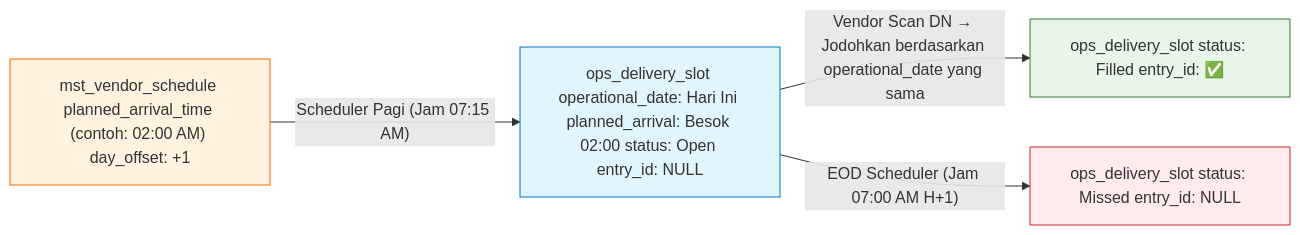
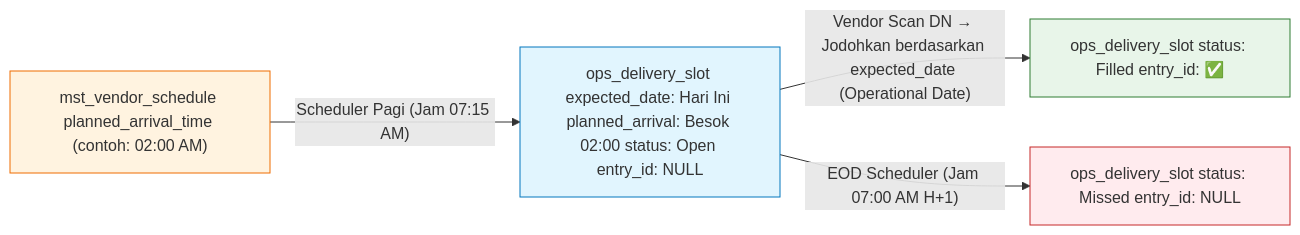
The third of 4 diagrams in docs/revisi/v2-UserFlow.md (bagususwanto/vendor-checkpoint), drawn with Mermaid before and after one commit. The commit also changed other lines of this file and 1 other file, not shown here.

Commit message:
feat: implement operational date utility and rename operational_date to expected_date in documentation

````diff
--- a/docs/revisi/v2-UserFlow.md
+++ b/docs/revisi/v2-UserFlow.md
@@ -132,17 +132,17 @@
 ```mermaid
 flowchart LR
     classDef schedule fill:#fff3e0,stroke:#ef6c00
     classDef slot fill:#e1f5fe,stroke:#0277bd
     classDef entry fill:#e8f5e9,stroke:#2e7d32
     classDef missed fill:#ffebee,stroke:#c62828
 
-    MST["mst_vendor_schedule planned_arrival_time (contoh: 02:00 AM) day_offset: +1"]:::schedule
+    MST["mst_vendor_schedule planned_arrival_time (contoh: 02:00 AM)"]:::schedule
 
-    SLOT_OPEN["ops_delivery_slot operational_date: Hari Ini planned_arrival: Besok 02:00 status: Open entry_id: NULL"]:::slot
+    SLOT_OPEN["ops_delivery_slot expected_date: Hari Ini planned_arrival: Besok 02:00 status: Open entry_id: NULL"]:::slot
     SLOT_FILLED["ops_delivery_slot status: Filled entry_id: ✅"]:::entry
     SLOT_MISSED["ops_delivery_slot status: Missed entry_id: NULL"]:::missed
 
     MST -- "Scheduler Pagi (Jam 07:15 AM)" --> SLOT_OPEN
-    SLOT_OPEN -- "Vendor Scan DN → Jodohkan berdasarkan operational_date yang sama" --> SLOT_FILLED
+    SLOT_OPEN -- "Vendor Scan DN → Jodohkan berdasarkan expected_date (Operational Date)" --> SLOT_FILLED
     SLOT_OPEN -- "EOD Scheduler (Jam 07:00 AM H+1)" --> SLOT_MISSED
 ```
````
